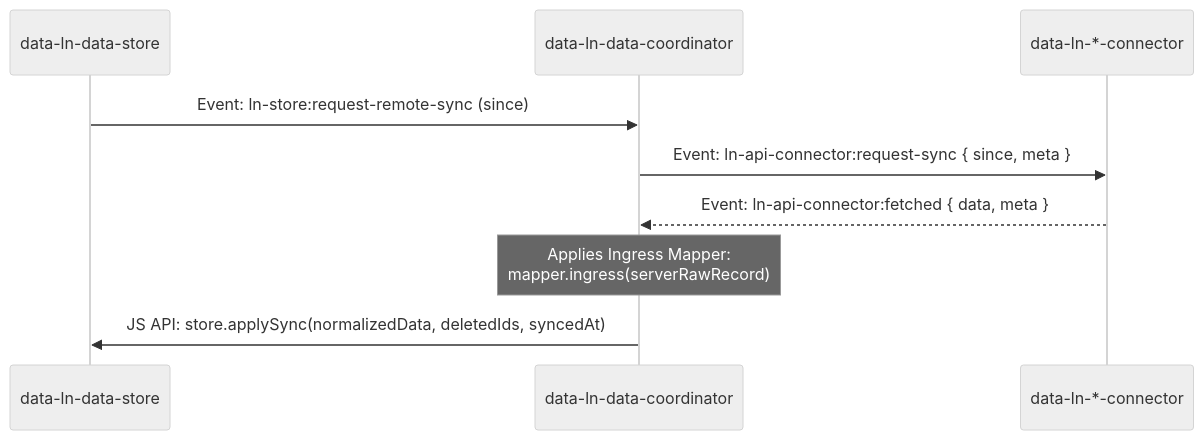
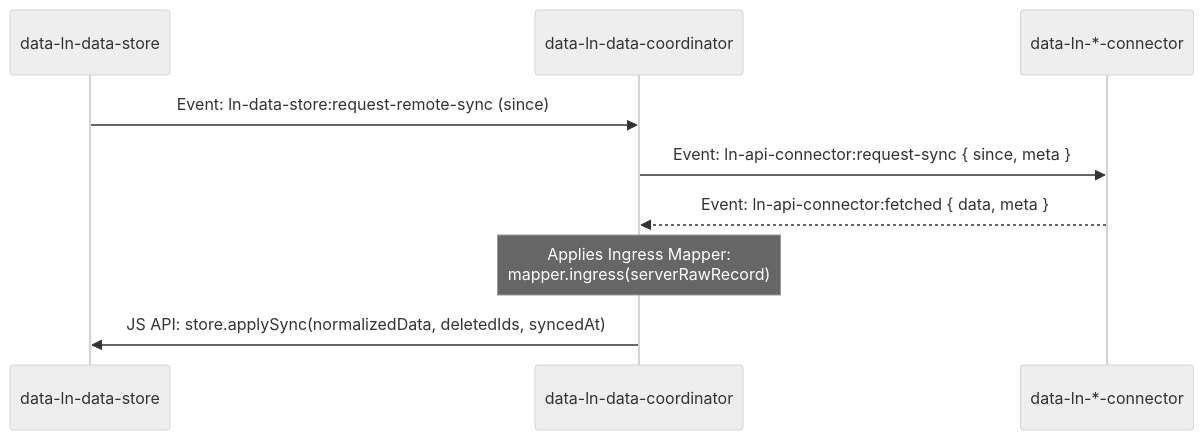
One commit to livenetworks/ln-ashlar changed the second of 3 diagrams in js/ln-data-coordinator/README.md. Above: the diagram before and after it, drawn with Mermaid (neutral theme). The commit also changed other lines of this file and 58 other files, not shown here.

Commit message:
refactor(data-store): rename events to ln-data-store:* across components, demo, and docs

````diff
--- a/js/ln-data-coordinator/README.md
+++ b/js/ln-data-coordinator/README.md
@@ -237,12 +237,12 @@
 ```mermaid
 sequenceDiagram
     participant Store as data-ln-data-store
     participant Coord as data-ln-data-coordinator
     participant Gateway as data-ln-*-connector
     
-    Store->>Coord: Event: ln-store:request-remote-sync (since)
+    Store->>Coord: Event: ln-data-store:request-remote-sync (since)
     Coord->>Gateway: Event: ln-api-connector:request-sync { since, meta }
     Gateway-->>Coord: Event: ln-api-connector:fetched { data, meta }
     Note over Coord: Applies Ingress Mapper:<br/>mapper.ingress(serverRawRecord)
     Coord->>Store: JS API: store.applySync(normalizedData, deletedIds, syncedAt)
 ```
````
